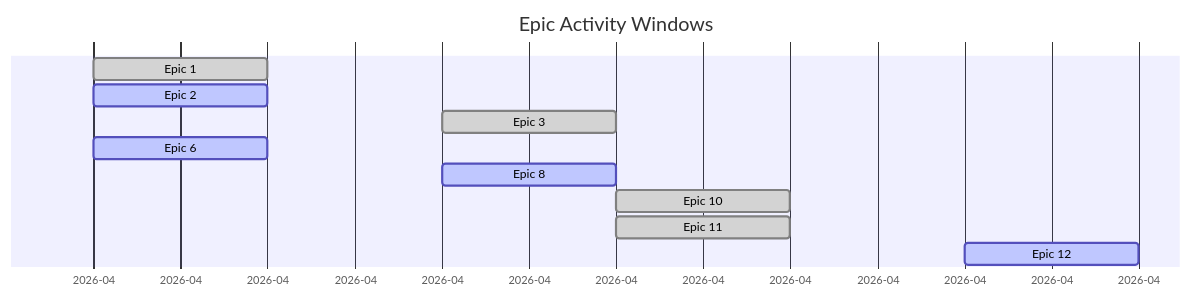
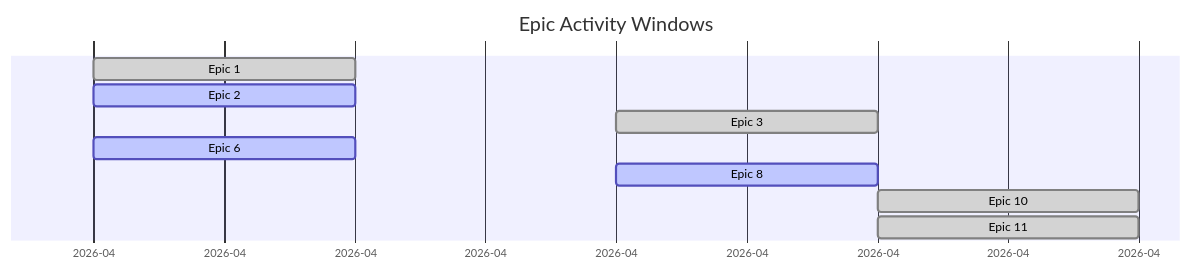
Before and after one commit to wegofwd2020-hub/StudyBuddy_OnDemand: the diagram in docs/PROGRESS.md, drawn with Mermaid. The commit also changed other lines of this file and 3 other files, not shown here.

````diff
--- a/docs/PROGRESS.md
+++ b/docs/PROGRESS.md
@@ -9,14 +9,13 @@
 ```mermaid
 gantt
     title Epic Activity Windows
     dateFormat YYYY-MM-DD
     axisFormat %Y-%m
     Epic 1  :done, e1, 2026-04-12, 2026-04-13
     Epic 2  :active, e2, 2026-04-12, 2026-04-13
     Epic 3  :done, e3, 2026-04-14, 2026-04-15
     Epic 6  :active, e6, 2026-04-12, 2026-04-13
     Epic 8  :active, e8, 2026-04-14, 2026-04-15
     Epic 10 :done, e10, 2026-04-15, 2026-04-16
     Epic 11 :done, e11, 2026-04-15, 2026-04-16
-    Epic 12 :active, e12, 2026-04-17, 2026-04-18
 ```
````
